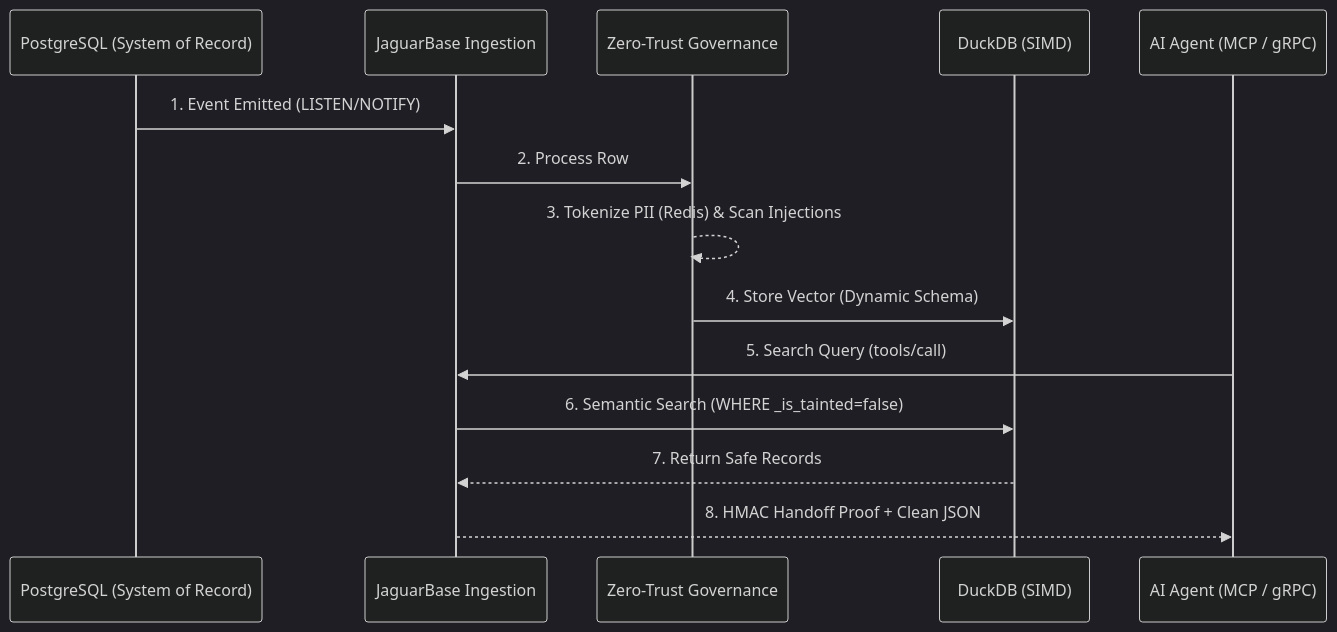
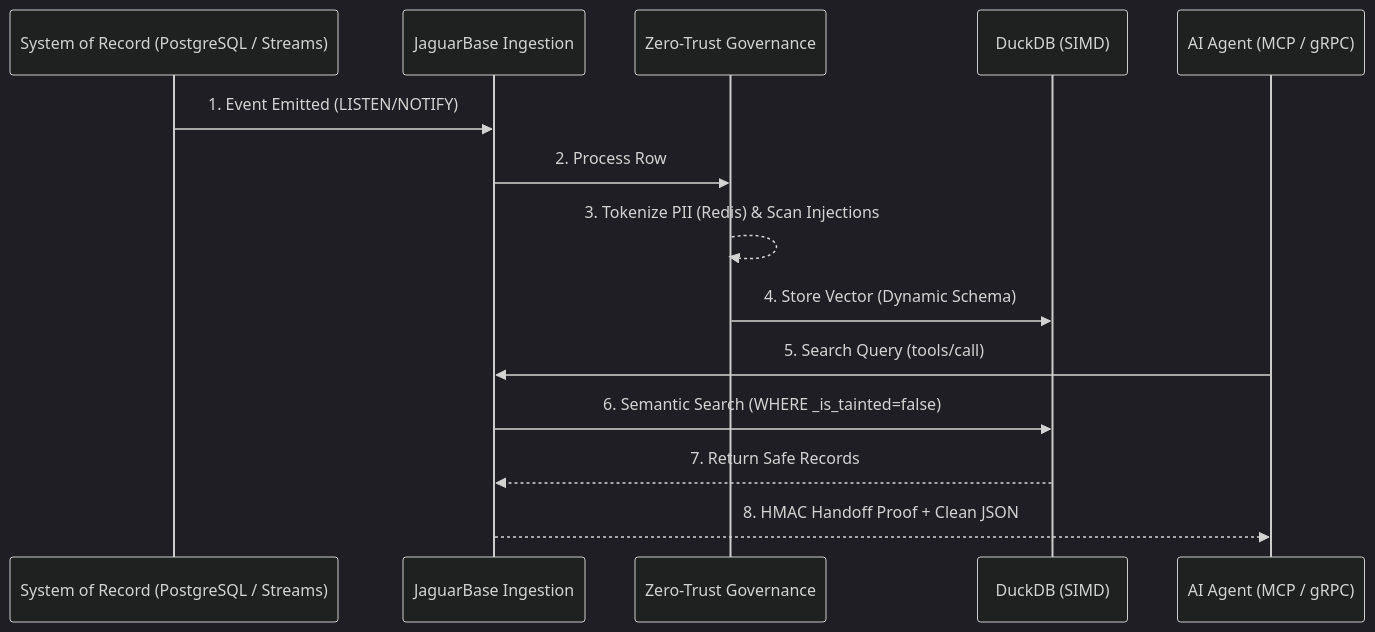
The second of 2 diagrams in README.md (andrewbraga1/jaguarbase), drawn with Mermaid (dark theme) before and after one commit. The commit also changed other lines of this file and 18 other files, not shown here.

````diff
--- a/README.md
+++ b/README.md
@@ -52,17 +58,17 @@
 ```mermaid
 sequenceDiagram
-    participant Source as PostgreSQL (System of Record)
+    participant Source as System of Record (PostgreSQL / Streams)
     participant JB as JaguarBase Ingestion
     participant Gov as Zero-Trust Governance
     participant DDB as DuckDB (SIMD)
     participant Agent as AI Agent (MCP / gRPC)
 
     Source->>JB: 1. Event Emitted (LISTEN/NOTIFY)
     JB->>Gov: 2. Process Row
     Gov-->>Gov: 3. Tokenize PII (Redis) & Scan Injections
     Gov->>DDB: 4. Store Vector (Dynamic Schema)
     Agent->>JB: 5. Search Query (tools/call)
     JB->>DDB: 6. Semantic Search (WHERE _is_tainted=false)
     DDB-->>JB: 7. Return Safe Records
     JB-->>Agent: 8. HMAC Handoff Proof + Clean JSON
 ```
````
